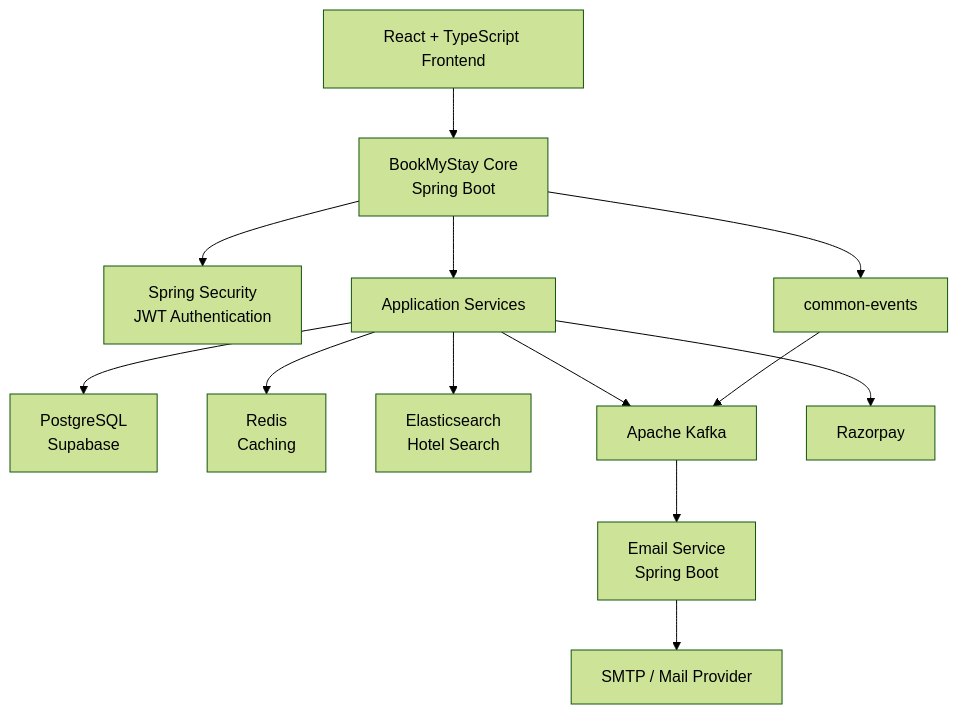
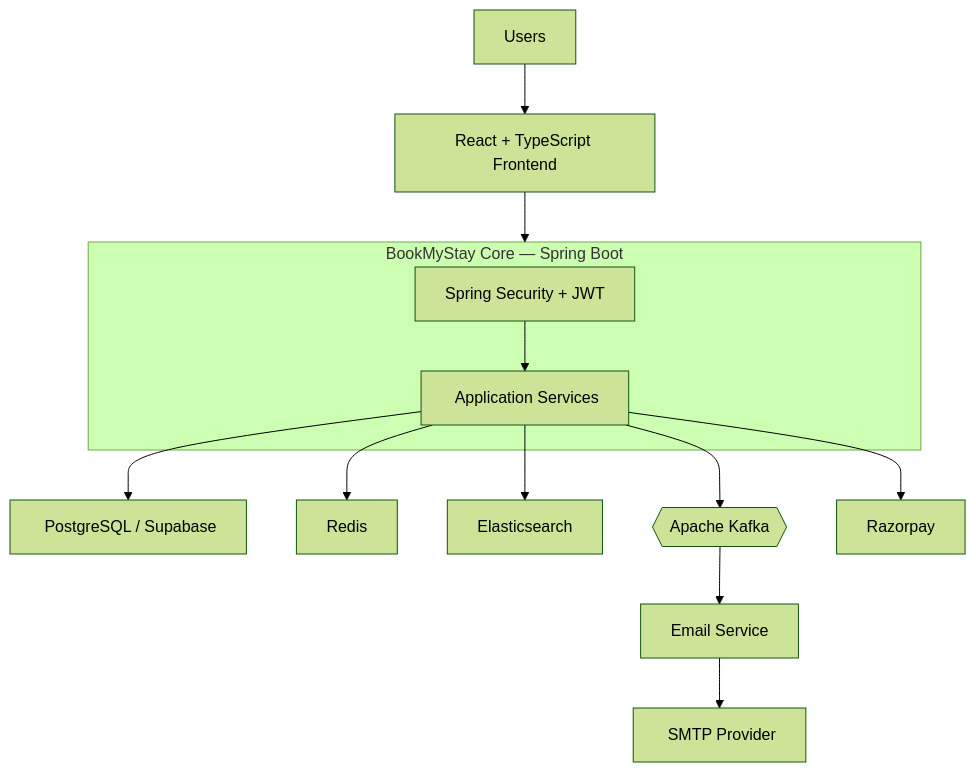
The fifth of 11 diagrams in README.md (gittarsem/BookMyStay), drawn with Mermaid (forest theme) before and after one commit. The commit also changed other lines of this file, not shown here.

````diff
--- a/README.md
+++ b/README.md
@@ -96,29 +361,29 @@
 ```mermaid
 flowchart TB
+    USER[" Users"]
+    FRONTEND[" React + TypeScript Frontend"]
 
-    CLIENT["React + TypeScript Frontend"]
+    subgraph CORE[" BookMyStay Core — Spring Boot"]
+        SECURITY[" Spring Security + JWT"]
+        SERVICES["️ Application Services"]
+    end
 
-    CLIENT --> CORE["BookMyStay Core<br/>Spring Boot"]
+    DB["️ PostgreSQL / Supabase"]
+    REDIS[" Redis"]
+    ES[" Elasticsearch"]
+    KAFKA{{" Apache Kafka"}}
+    EMAIL[" Email Service"]
+    SMTP["️ SMTP Provider"]
+    RAZORPAY[" Razorpay"]
 
-    CORE --> SECURITY["Spring Security<br/>JWT Authentication"]
-
-    CORE --> SERVICES["Application Services"]
-
-    SERVICES --> DB["PostgreSQL<br/>Supabase"]
-
-    SERVICES --> REDIS["Redis<br/>Caching"]
-
-    SERVICES --> ES["Elasticsearch<br/>Hotel Search"]
-
-    SERVICES --> KAFKA["Apache Kafka"]
-
-    KAFKA --> EMAIL["Email Service<br/>Spring Boot"]
-
-    EMAIL --> SMTP["SMTP / Mail Provider"]
-
-    SERVICES --> RAZORPAY["Razorpay"]
-
-    CORE --> EVENTS["common-events"]
-
-    EVENTS --> KAFKA
+    USER --> FRONTEND
+    FRONTEND --> CORE
+    SECURITY --> SERVICES
+    SERVICES --> DB
+    SERVICES --> REDIS
+    SERVICES --> ES
+    SERVICES --> KAFKA
+    KAFKA --> EMAIL
+    EMAIL --> SMTP
+    SERVICES --> RAZORPAY
 ```
````
